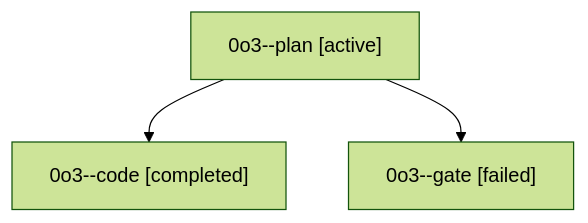
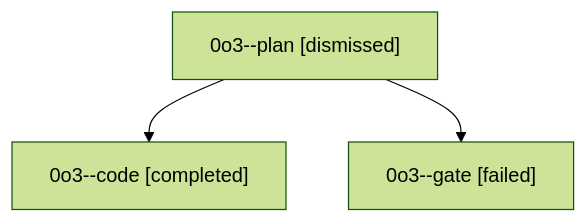
Before and after one commit to sase-org/sase--agents: the diagram in sessions/bbugyi200.athena.0o3.md, drawn with Mermaid (forest theme). The commit also changed other lines of this file and 22 other files, not shown here.

````diff
--- a/sessions/bbugyi200.athena.0o3.md
+++ b/sessions/bbugyi200.athena.0o3.md
@@ -9,8 +9,8 @@
 ```mermaid
 flowchart TD
-  n0["0o3--plan [active]"]
+  n0["0o3--plan [dismissed]"]
   n1["0o3--code [completed]"]
   n0 --> n1
   n2["0o3--gate [failed]"]
   n0 --> n2
 ```
````
